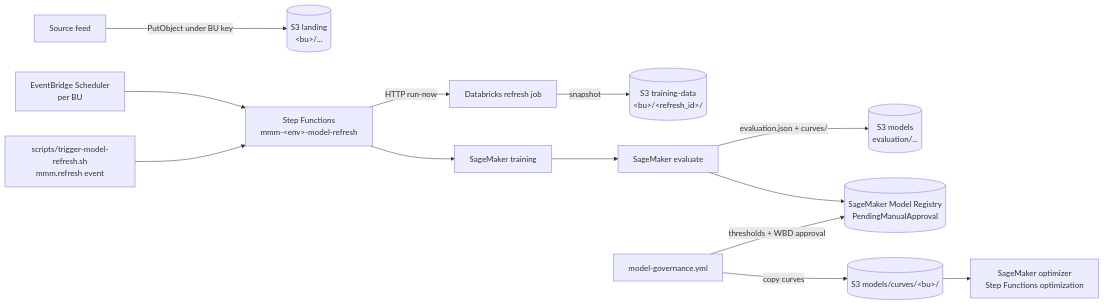
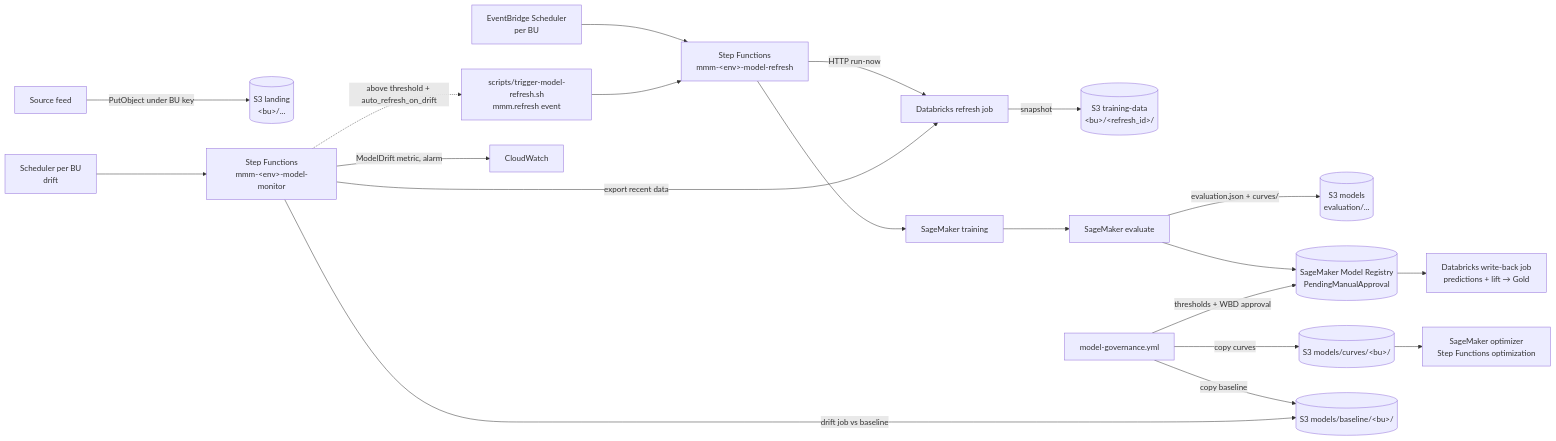
Before and after one commit to Yashwanth-wbd/wbd-aws-devops: the first of 2 diagrams in docs/10-data-platform-and-model-governance.md, drawn with Mermaid. The commit also changed other lines of this file and 138 other files, not shown here.

First line of the commit message:
v3: Okta OIDC at the ALB, RDS PostgreSQL, SQS run queue + dispatcher, Databricks write-back, drift monitor

````diff
--- a/docs/10-data-platform-and-model-governance.md
+++ b/docs/10-data-platform-and-model-governance.md
@@ -12,16 +13,23 @@
 ```mermaid
 flowchart LR
   feed[Source feed] -->|PutObject under BU key| land[(S3 landing<br/>&lt;bu&gt;/...)]
   sched[EventBridge Scheduler<br/>per BU] --> sfn
   ondemand[scripts/trigger-model-refresh.sh<br/>mmm.refresh event] --> sfn
   sfn[Step Functions<br/>mmm-&lt;env&gt;-model-refresh]
   sfn -->|HTTP run-now| dbx[Databricks refresh job]
   dbx -->|snapshot| train[(S3 training-data<br/>&lt;bu&gt;/&lt;refresh_id&gt;/)]
   sfn --> sm_train[SageMaker training]
   sm_train --> sm_eval[SageMaker evaluate]
   sm_eval -->|evaluation.json + curves/| models[(S3 models<br/>evaluation/...)]
   sm_eval --> reg[(SageMaker Model Registry<br/>PendingManualApproval)]
+  reg --> wb[Databricks write-back job<br/>predictions + lift → Gold]
   gov[model-governance.yml] -->|thresholds + WBD approval| reg
   gov -->|copy curves| curves[(S3 models/curves/&lt;bu&gt;/)]
+  gov -->|copy baseline| base[(S3 models/baseline/&lt;bu&gt;/)]
   curves --> opt[SageMaker optimizer<br/>Step Functions optimization]
+  msched[Scheduler per BU<br/>drift] --> mon[Step Functions<br/>mmm-&lt;env&gt;-model-monitor]
+  mon -->|export recent data| dbx
+  mon -->|drift job vs baseline| base
+  mon -->|ModelDrift metric, alarm| cw[CloudWatch]
+  mon -.->|above threshold + auto_refresh_on_drift| ondemand
 ```
````
